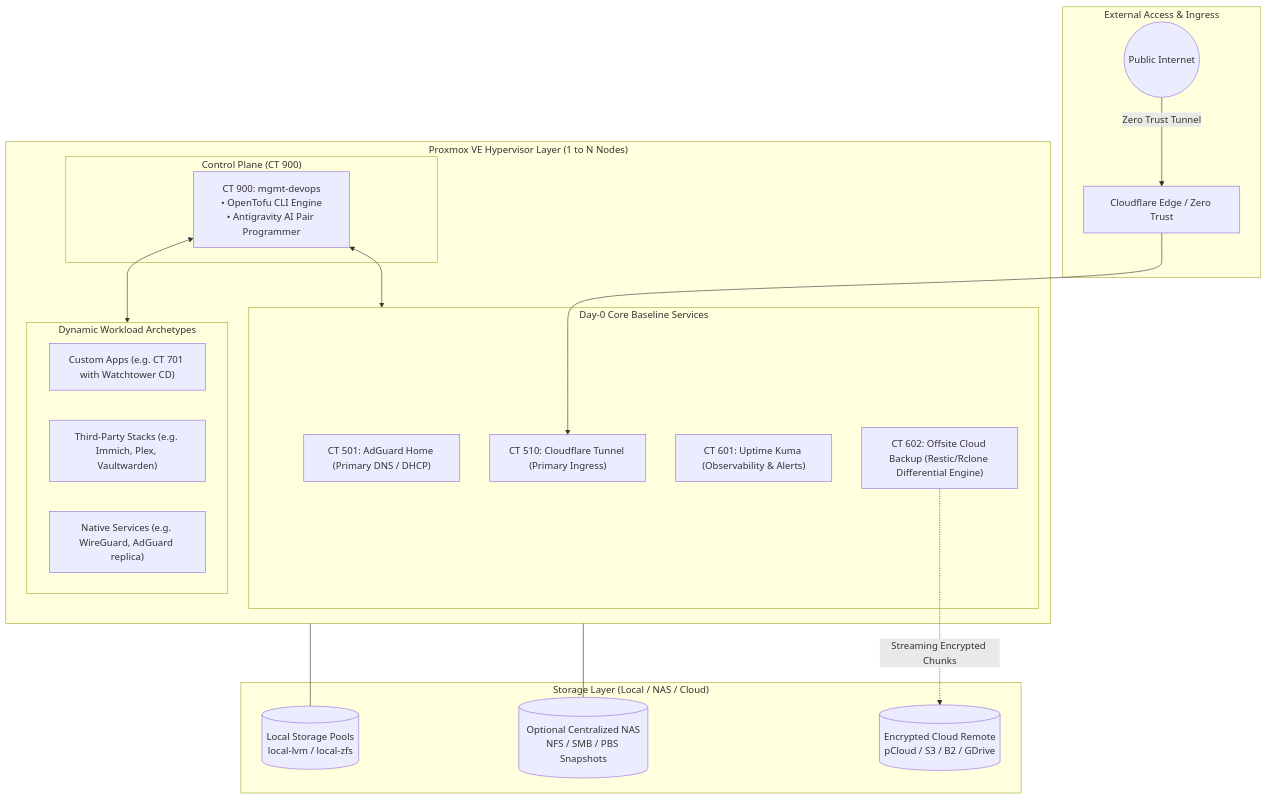
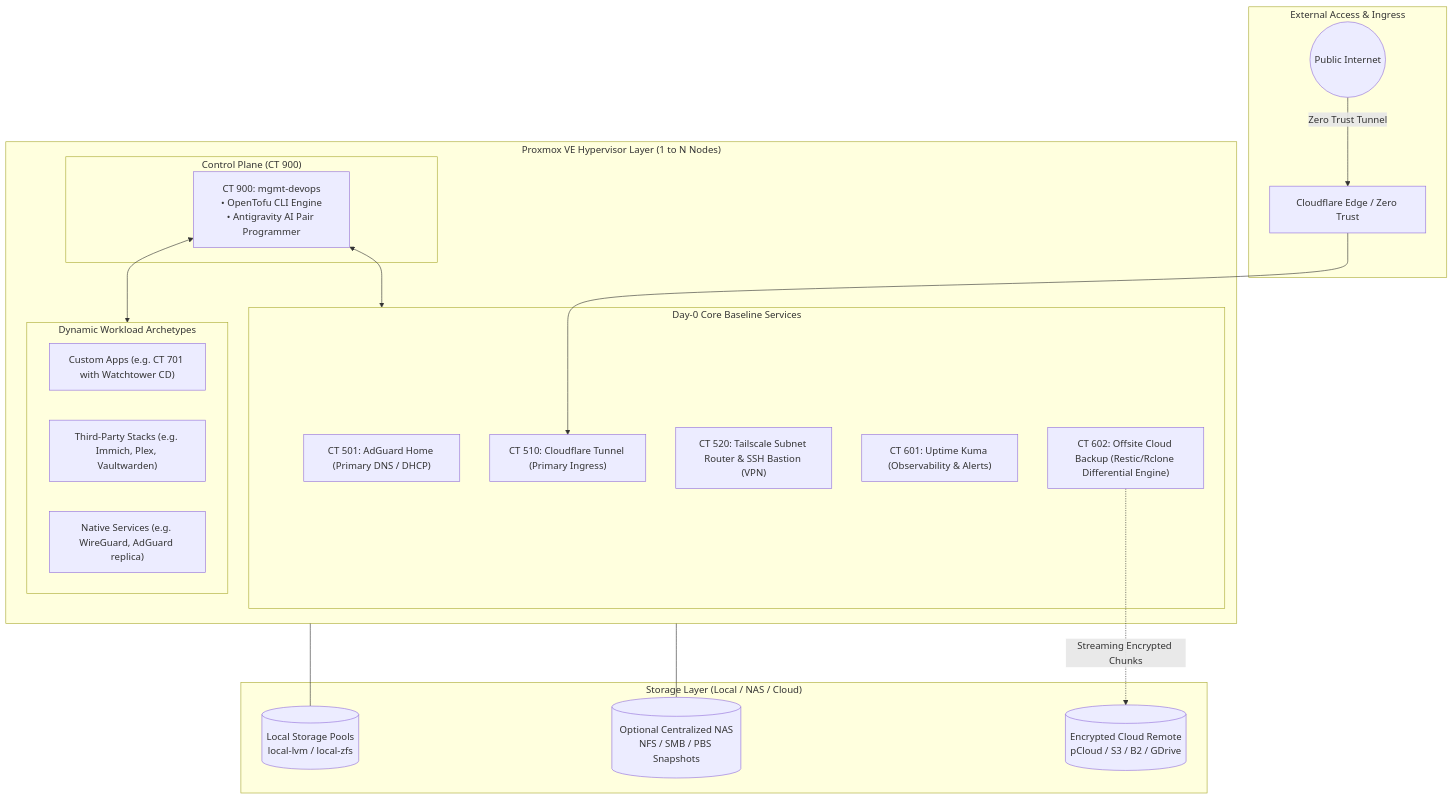
One commit to lambertaurelle/agentic-homelab-iac changed the first of 2 diagrams in docs/ARCHITECTURE.md. Above: the diagram before and after it, drawn with Mermaid. The commit also changed other lines of this file and 29 other files, not shown here.

Commit message:
feat(core): promote Tailscale subnet router, centralize automation library, and harden security (#10)

````diff
--- a/docs/ARCHITECTURE.md
+++ b/docs/ARCHITECTURE.md
@@ -11,41 +11,42 @@
 ```mermaid
 graph TB
     subgraph WAN ["External Access & Ingress"]
         Internet(("Public Internet"))
         CF["Cloudflare Edge / Zero Trust"]
     end
 
     subgraph Cluster ["Proxmox VE Hypervisor Layer (1 to N Nodes)"]
         subgraph ControlPlane ["Control Plane (CT 900)"]
             CT900["CT 900: mgmt-devops<br/>• OpenTofu CLI Engine<br/>• Antigravity AI Pair Programmer"]
         end
 
         subgraph CoreBaseline ["Day-0 Core Baseline Services"]
             CT501["CT 501: AdGuard Home (Primary DNS / DHCP)"]
             CT510["CT 510: Cloudflare Tunnel (Primary Ingress)"]
+            CT520["CT 520: Tailscale Subnet Router & SSH Bastion (VPN)"]
             CT601["CT 601: Uptime Kuma (Observability & Alerts)"]
             CT602["CT 602: Offsite Cloud Backup (Restic/Rclone Differential Engine)"]
         end
 
         subgraph DynamicWorkloads ["Dynamic Workload Archetypes"]
             App1["Custom Apps (e.g. CT 701 with Watchtower CD)"]
             App2["Third-Party Stacks (e.g. Immich, Plex, Vaultwarden)"]
             App3["Native Services (e.g. WireGuard, AdGuard replica)"]
         end
     end
 
     subgraph StorageLayer ["Storage Layer (Local / NAS / Cloud)"]
         LocalStorage[("Local Storage Pools<br/>local-lvm / local-zfs")]
         SharedNAS[("Optional Centralized NAS<br/>NFS / SMB / PBS Snapshots")]
         CloudRemote[("Encrypted Cloud Remote<br/>pCloud / S3 / B2 / GDrive")]
     end
 
     Internet -->|Zero Trust Tunnel| CF
     CF --> CT510
     CT900 <--> CoreBaseline
     CT900 <--> DynamicWorkloads
 
     Cluster --- LocalStorage
     Cluster --- SharedNAS
     CT602 -.->|Streaming Encrypted Chunks| CloudRemote
 ```
````
